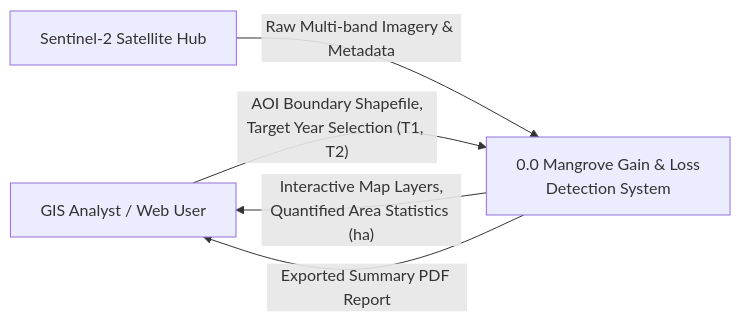
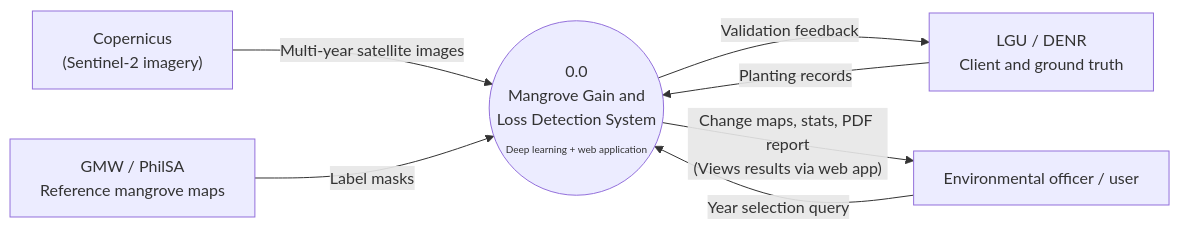
The diagram in CHART AND GRAPHS/01_DFD/stage0_sample.md (Nashii02/Quality-Aware-Signature-Verification-for-Scholarship-Documents-Using-Siamese-Networks), drawn with Mermaid before and after one commit.

````diff
--- a/CHART AND GRAPHS/01_DFD/stage0_sample.md
+++ b/CHART AND GRAPHS/01_DFD/stage0_sample.md
@@ -1,16 +1,20 @@
 ```mermaid
 flowchart LR
     %% External Entities
-    User["GIS Analyst / Web User"]
-    SatHub["Sentinel-2 Satellite Hub"]
+    E1["Copernicus<br>(Sentinel-2 imagery)"]
+    E2["GMW / PhilSA<br>Reference mangrove maps"]
+    E3["LGU / DENR<br>Client and ground truth"]
+    E4["Environmental officer / user"]
 
-    %% Central System Process
-    System["0.0 Mangrove Gain & Loss<br>Detection System"]
+    %% Central Process
+    P0(("0.0<br>Mangrove Gain and<br>Loss Detection System<br><sub style='font-size:10px;'>Deep learning + web application</sub>"))
 
     %% Data Flows
-    User -->|"AOI Boundary Shapefile,<br>Target Year Selection (T1, T2)"| System
-    SatHub -->|"Raw Multi-band Imagery & Metadata"| System
-    
-    System -->|"Interactive Map Layers,<br>Quantified Area Statistics (ha)"| User
-    System -->|"Exported Summary PDF Report"| User
+    E1 -->|"Multi-year satellite images"| P0
+    E2 -->|"Label masks"| P0
+    E3 -->|"Planting records"| P0
+    P0 -->|"Validation feedback"| E3
+
+    E4 -->|"Year selection query"| P0
+    P0 -->|"Change maps, stats, PDF report<br>(Views results via web app)"| E4
 ```
````
